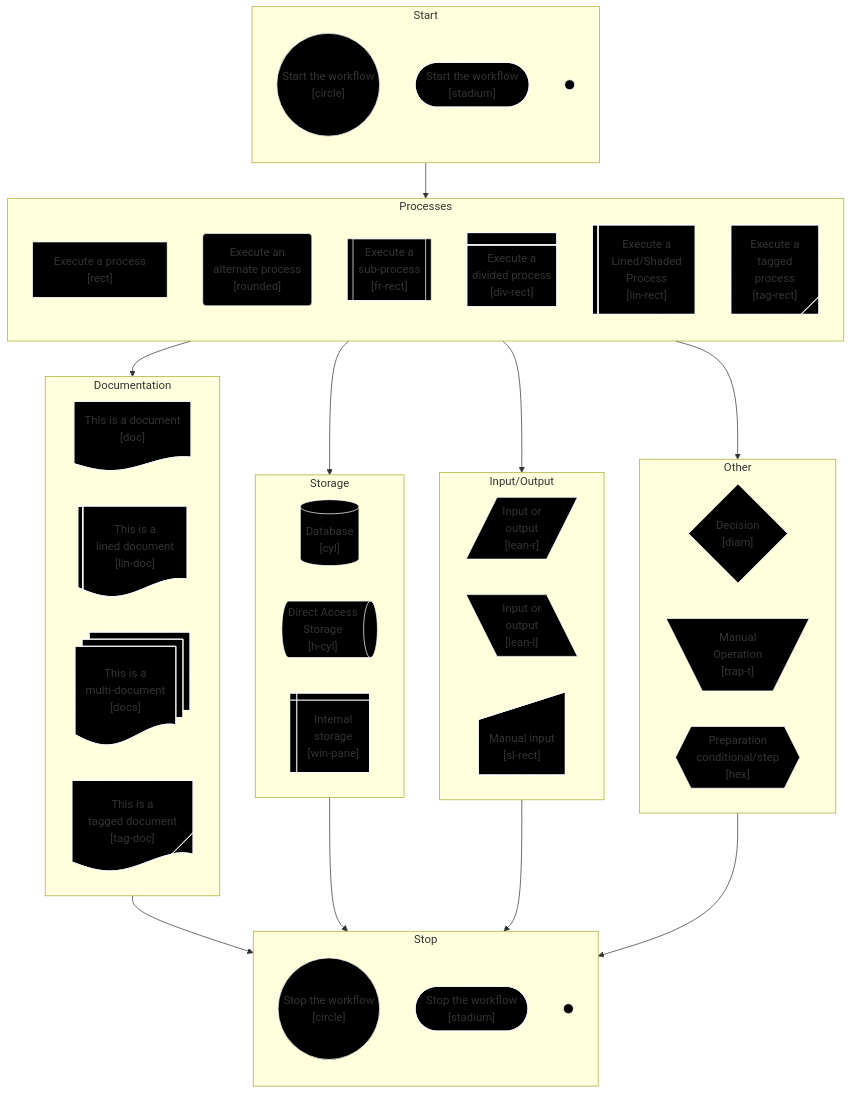
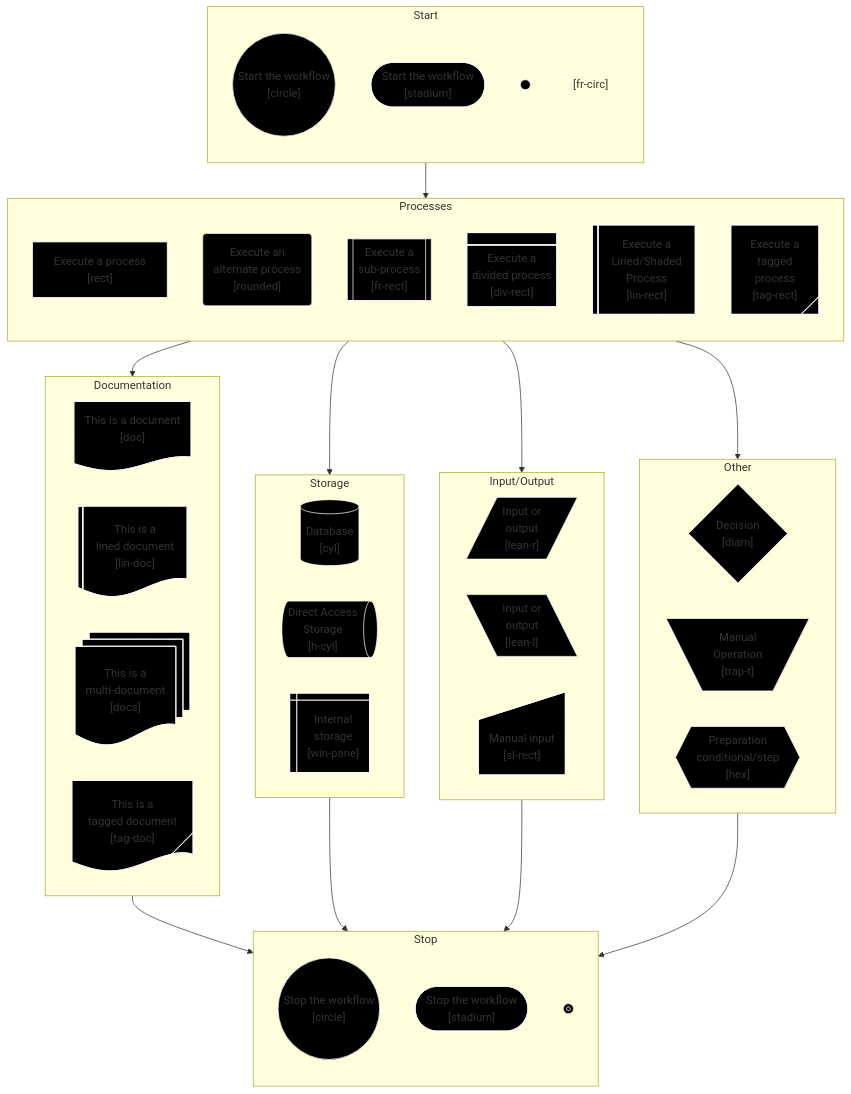
One commit to APrettyCoolProgram/aprettycoolprogram changed the first of 3 diagrams in profile/mermaid/mermaid-shapes.md. Above: the diagram before and after it, drawn with Mermaid.

```diff
--- a/profile/mermaid/mermaid-shapes.md
+++ b/profile/mermaid/mermaid-shapes.md
@@ -12,6 +12,7 @@
         Start@{shape: circle, label: "Start the workflow\n[circle]"}
         TerminalStart@{shape: stadium, label: "Start the workflow\n[stadium]"}
         StartSmall@{shape: sm-circ, label: "Start the workflow\n[sm-circ]"}
+        Comment@{shape: brace, label: "[sm-circ]"}
         %% Layout : none
         %% Styles : global
     end
@@ -75,7 +76,8 @@
         %% Components
         Stop@{shape: circle, label: "Stop the workflow\n[circle]"}
         TerminalStop@{shape: stadium, label: "Stop the workflow\n[stadium]"}
-        StopSmall@{shape: sm-circ, label: "Stop the workflow\n[sm-circ]"}
+        StopSmall@{shape: fr-circ, label: "Stop the workflow\n[fr-circ]"}
+        Comment@{shape: brace, label: "[fr-circ]"}
         %% Layout : none
         %% Styles : global
     end
```
